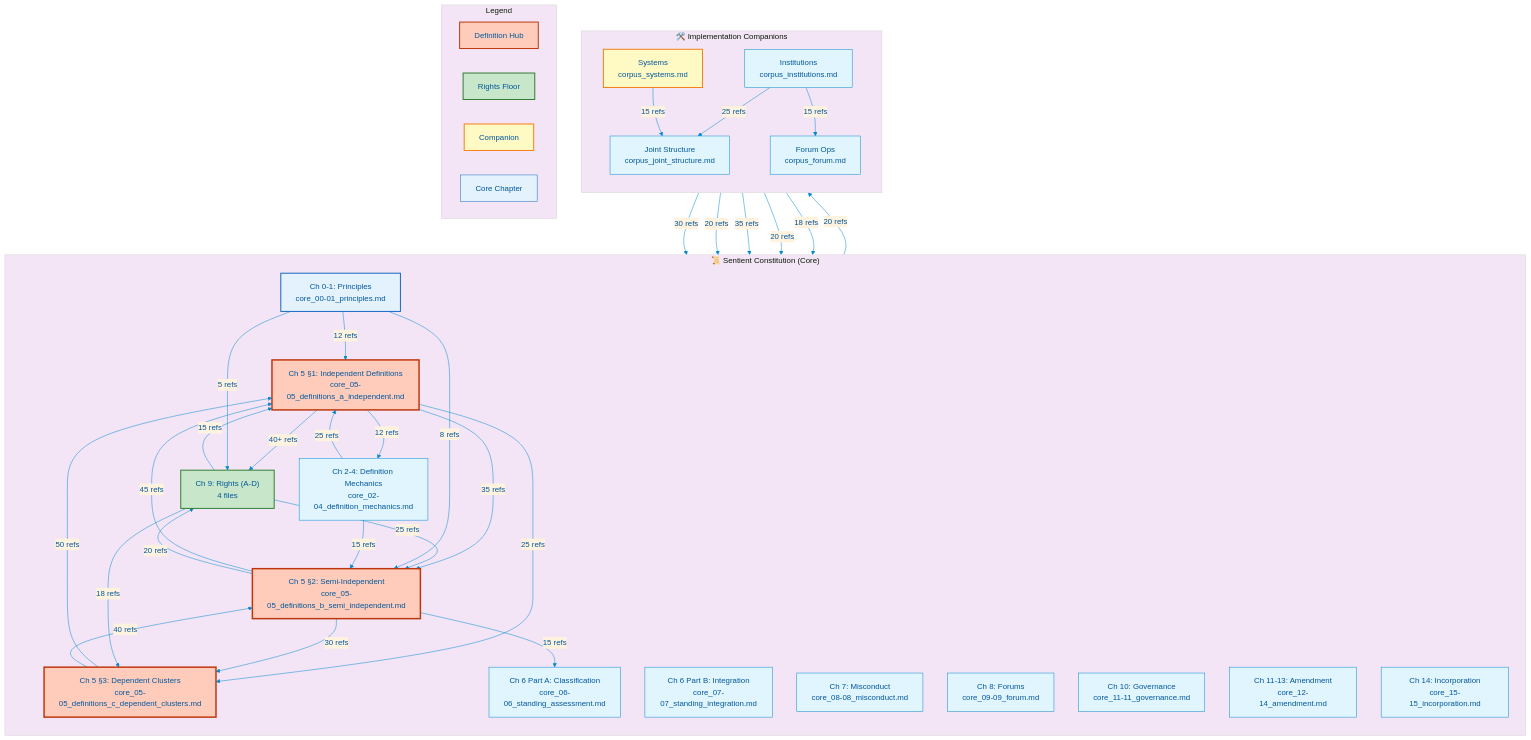
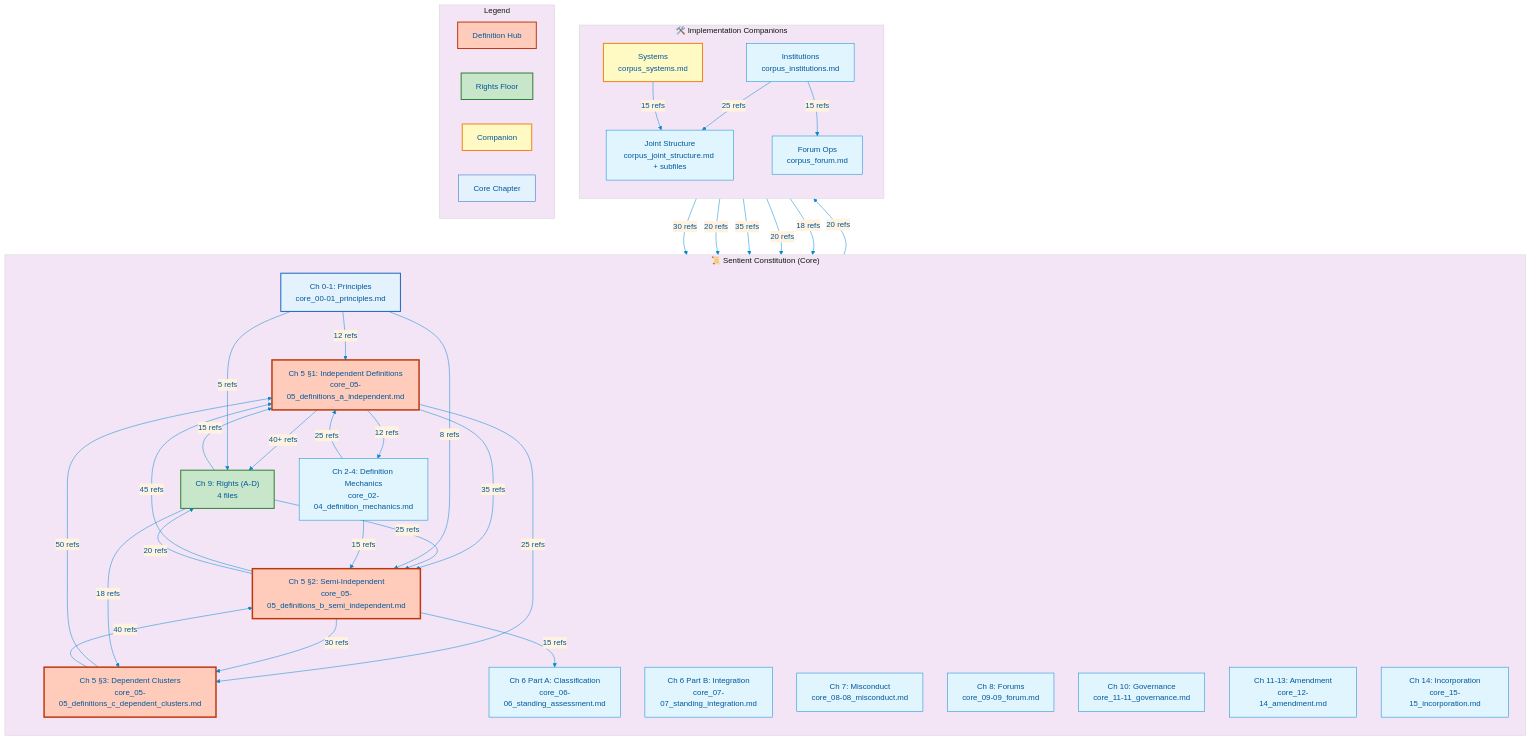
One commit to kfoelsch/Sentient_Constitution changed the diagram in ai_corpus/visualization/dependency_map.mmd. Above: the diagram before and after it, drawn with Mermaid. The commit also changed 33 other files, not shown here.

First line of the commit message:
Update corpus structure, navigation guides, and tooling

```diff
--- a/ai_corpus/visualization/dependency_map.mmd
+++ b/ai_corpus/visualization/dependency_map.mmd
@@ -1,89 +1,89 @@
 %%{init: {'theme': 'base', 'themeVariables': { 'primaryColor': '#e1f5fe', 'primaryTextColor': '#01579b', 'primaryBorderColor': '#0288d1', 'lineColor': '#0288d1', 'secondaryColor': '#fff3e0', 'tertiaryColor': '#f3e5f5'}}}%%
 graph TB
     subgraph CoreConstitution["📜 Sentient Constitution (Core)"]
         direction TB
         Ch01["Ch 0-1: Principles<br/>core_00-01_principles.md"]
         Ch02["Ch 2-4: Definition Mechanics<br/>core_02-04_definition_mechanics.md"]
         Ch05A["Ch 5 §1: Independent Definitions<br/>core_05-05_definitions_a_independent.md"]
         Ch05B["Ch 5 §2: Semi-Independent<br/>core_05-05_definitions_b_semi_independent.md"]
         Ch05C["Ch 5 §3: Dependent Clusters<br/>core_05-05_definitions_c_dependent_clusters.md"]
         Ch06A["Ch 6 Part A: Classification<br/>core_06-06_standing_assessment.md"]
         Ch06B["Ch 6 Part B: Integration<br/>core_07-07_standing_integration.md"]
         Ch07["Ch 7: Misconduct<br/>core_08-08_misconduct.md"]
         Ch08["Ch 8: Forums<br/>core_09-09_forum.md"]
         Ch09["Ch 9: Rights (A-D)<br/>4 files"]
         Ch10["Ch 10: Governance<br/>core_11-11_governance.md"]
         Ch1113["Ch 11-13: Amendment<br/>core_12-14_amendment.md"]
         Ch14["Ch 14: Incorporation<br/>core_15-15_incorporation.md"]
     end
 
     subgraph Companions["🛠️ Implementation Companions"]
         direction TB
         CS["Systems<br/>corpus_systems.md"]
         CI["Institutions<br/>corpus_institutions.md"]
         CF["Forum Ops<br/>corpus_forum.md"]
-        CJS["Joint Structure<br/>corpus_joint_structure.md"]
+        CJS["Joint Structure<br/>corpus_joint_structure.md + subfiles"]
     end
 
     %% Cross-references: Chapter 5 definitions are the hub
     Ch05A -->|"40+ refs"| Ch09
     Ch05A -->|"35 refs"| Ch05B
     Ch05A -->|"25 refs"| Ch05C
     Ch05A -->|"20 refs"| CS
     Ch05A -->|"12 refs"| Ch02
 
     Ch05B -->|"45 refs"| Ch05A
     Ch05B -->|"30 refs"| Ch05C
     Ch05B -->|"20 refs"| Ch09
     Ch05B -->|"15 refs"| Ch06A
 
     Ch05C -->|"50 refs"| Ch05A
     Ch05C -->|"40 refs"| Ch05B
 
     %% Rights reference definitions heavily
     Ch09 -->|"15 refs"| Ch05A
     Ch09 -->|"25 refs"| Ch05B
     Ch09 -->|"18 refs"| Ch05C
 
     %% Systems companion is well-connected
     CS -->|"30 refs"| Ch05A
     CS -->|"20 refs"| Ch05B
     CS -->|"35 refs"| Ch09
     CS -->|"15 refs"| CJS
 
     %% Institutions companion connects
     CI -->|"20 refs"| Ch05B
     CI -->|"18 refs"| Ch09
     CI -->|"25 refs"| CJS
     CI -->|"15 refs"| CF
 
     %% Principles chapter spreads downstream
     Ch01 -->|"12 refs"| Ch05A
     Ch01 -->|"8 refs"| Ch05B
     Ch01 -->|"5 refs"| Ch09
 
     %% Definition mechanics underpin everything
     Ch02 -->|"25 refs"| Ch05A
     Ch02 -->|"15 refs"| Ch05B
 
     %% Visual styling
     style Ch05A fill:#ffccbc,stroke:#bf360c,stroke-width:3px
     style Ch05B fill:#ffccbc,stroke:#bf360c,stroke-width:3px
     style Ch05C fill:#ffccbc,stroke:#bf360c,stroke-width:3px
     style Ch09 fill:#c8e6c9,stroke:#2e7d32,stroke-width:2px
     style CS fill:#fff9c4,stroke:#f57f17,stroke-width:2px
     style Ch01 fill:#e3f2fd,stroke:#1565c0,stroke-width:2px
 
     %% Legend
     subgraph Legend["Legend"]
         direction LR
         L1["Definition Hub"]:::hub
         L2["Rights Floor"]:::rights
         L3["Companion"]:::companion
         L4["Core Chapter"]:::core
     end
 
     classDef hub fill:#ffccbc,stroke:#bf360c,stroke-width:2px
     classDef rights fill:#c8e6c9,stroke:#2e7d32,stroke-width:2px
     classDef companion fill:#fff9c4,stroke:#f57f17,stroke-width:2px
     classDef core fill:#e3f2fd,stroke:#1565c0,stroke-width:1px
```
